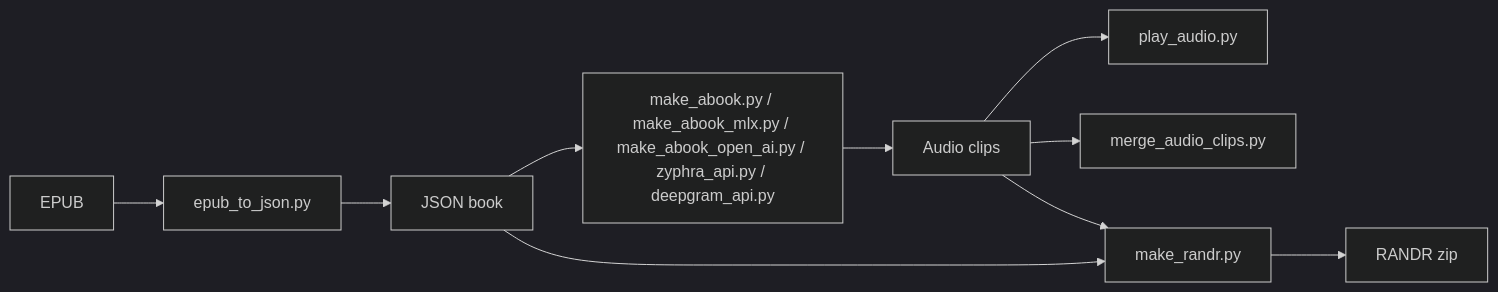
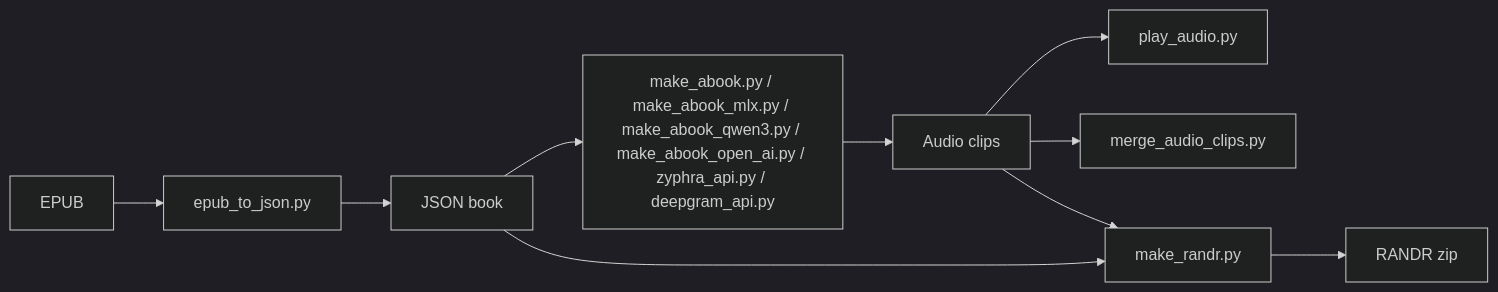
One commit to sergenes/runandread-audiobook changed the diagram in README.md. Above: the diagram before and after it, drawn with Mermaid (dark theme). The commit also changed other lines of this file and 2 other files, not shown here.

First line of the commit message:
docs: document Qwen3-TTS support and add changelog

````diff
--- a/README.md
+++ b/README.md
@@ -232,12 +248,12 @@
 ```mermaid
 flowchart LR
     A[EPUB] --> B[epub_to_json.py]
     B --> C[JSON book]
-    C --> D[make_abook.py / make_abook_mlx.py / make_abook_open_ai.py / zyphra_api.py / deepgram_api.py]
+    C --> D[make_abook.py / make_abook_mlx.py / make_abook_qwen3.py / make_abook_open_ai.py / zyphra_api.py / deepgram_api.py]
     D --> E[Audio clips]
     E --> F[play_audio.py]
     E --> G[merge_audio_clips.py]
     C --> H[make_randr.py]
     E --> H
     H --> I[RANDR zip]
 ```
````
